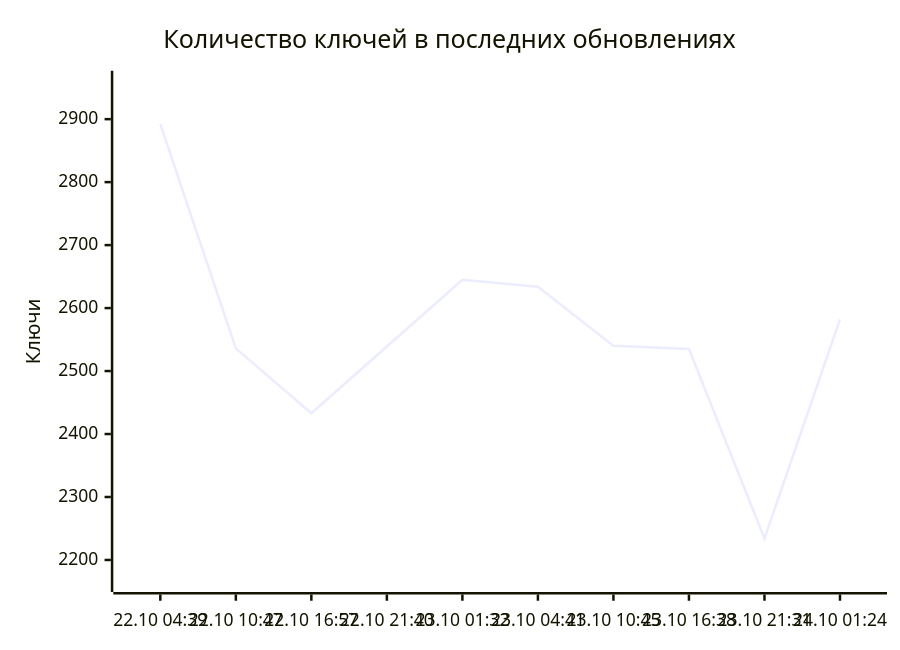
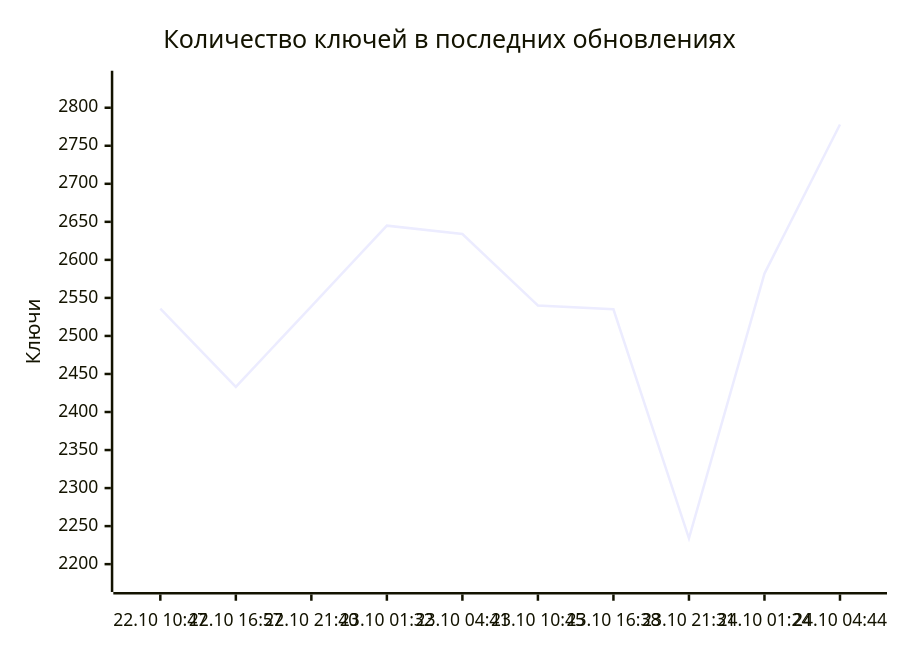
One commit to markKikhtenko/WireVeil changed the diagram in README.md. Above: the diagram before and after it, drawn with Mermaid. The commit also changed other lines of this file and 12 other files, not shown here.

````diff
--- a/README.md
+++ b/README.md
@@ -55,7 +55,7 @@
 ```mermaid
 xychart-beta
     title "Количество ключей в последних обновлениях"
-    x-axis ["22.10 04:39", "22.10 10:47", "22.10 16:57", "22.10 21:40", "23.10 01:32", "23.10 04:41", "23.10 10:45", "23.10 16:38", "23.10 21:31", "24.10 01:24"]
-    y-axis "Ключи" 2168 --> 2958
-    line [2892, 2536, 2433, 2539, 2645, 2634, 2540, 2535, 2234, 2582]
+    x-axis ["22.10 10:47", "22.10 16:57", "22.10 21:40", "23.10 01:32", "23.10 04:41", "23.10 10:45", "23.10 16:38", "23.10 21:31", "24.10 01:24", "24.10 04:44"]
+    y-axis "Ключи" 2179 --> 2833
+    line [2536, 2433, 2539, 2645, 2634, 2540, 2535, 2234, 2582, 2778]
 ```
````
